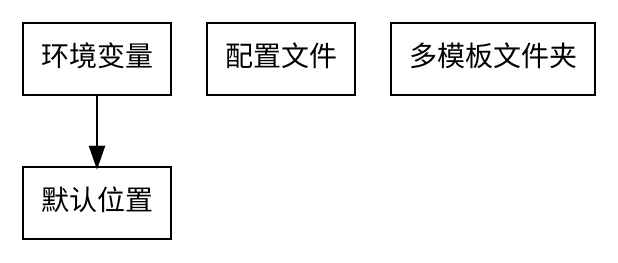
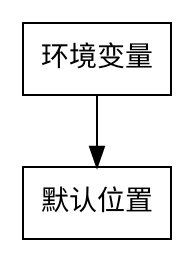
Before and after one commit to ZX1209/simple_template_copy: the diagram in find_template_dir_logic.dot, drawn with Graphviz. The commit also changed 4 other files, not shown here.

Commit message:
env templates dir load

```diff
--- a/find_template_dir_logic.dot
+++ b/find_template_dir_logic.dot
@@ -1,15 +1,15 @@
 digraph G {
 
     node[shape="rect"]
 
 
     环境变量 # tempy_templates_dir
-    默认位置 # 
-    配置文件 # 不是很需要呢
-    多模板文件夹 # 可以有呢,,与默认位置有些相冲,,,现在还是不要了
+    默认位置 # ~/templates_dir
+    // 配置文件 # 不是很需要呢,这是简单版本的
+    // 多模板文件夹 # 可以有呢,,与默认位置有些相冲,,,现在还是不要了
 
     环境变量 -> 默认位置
 
 
 
 }
```
